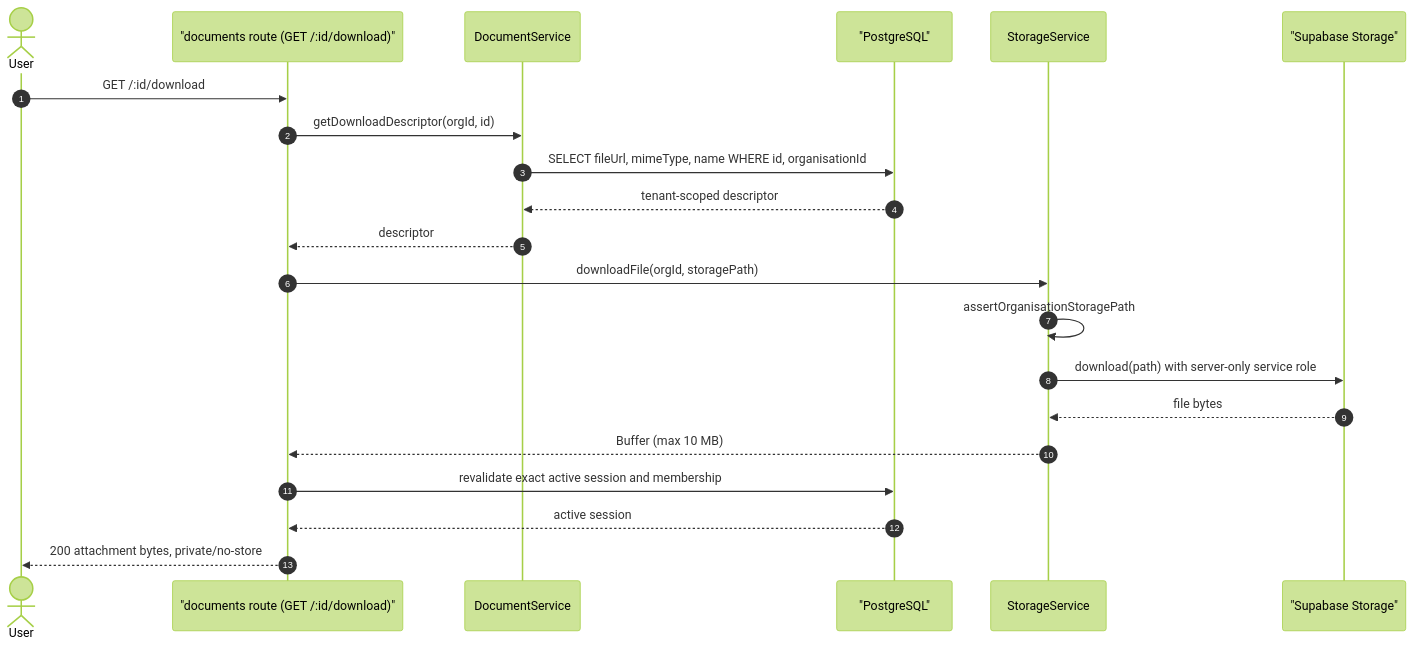
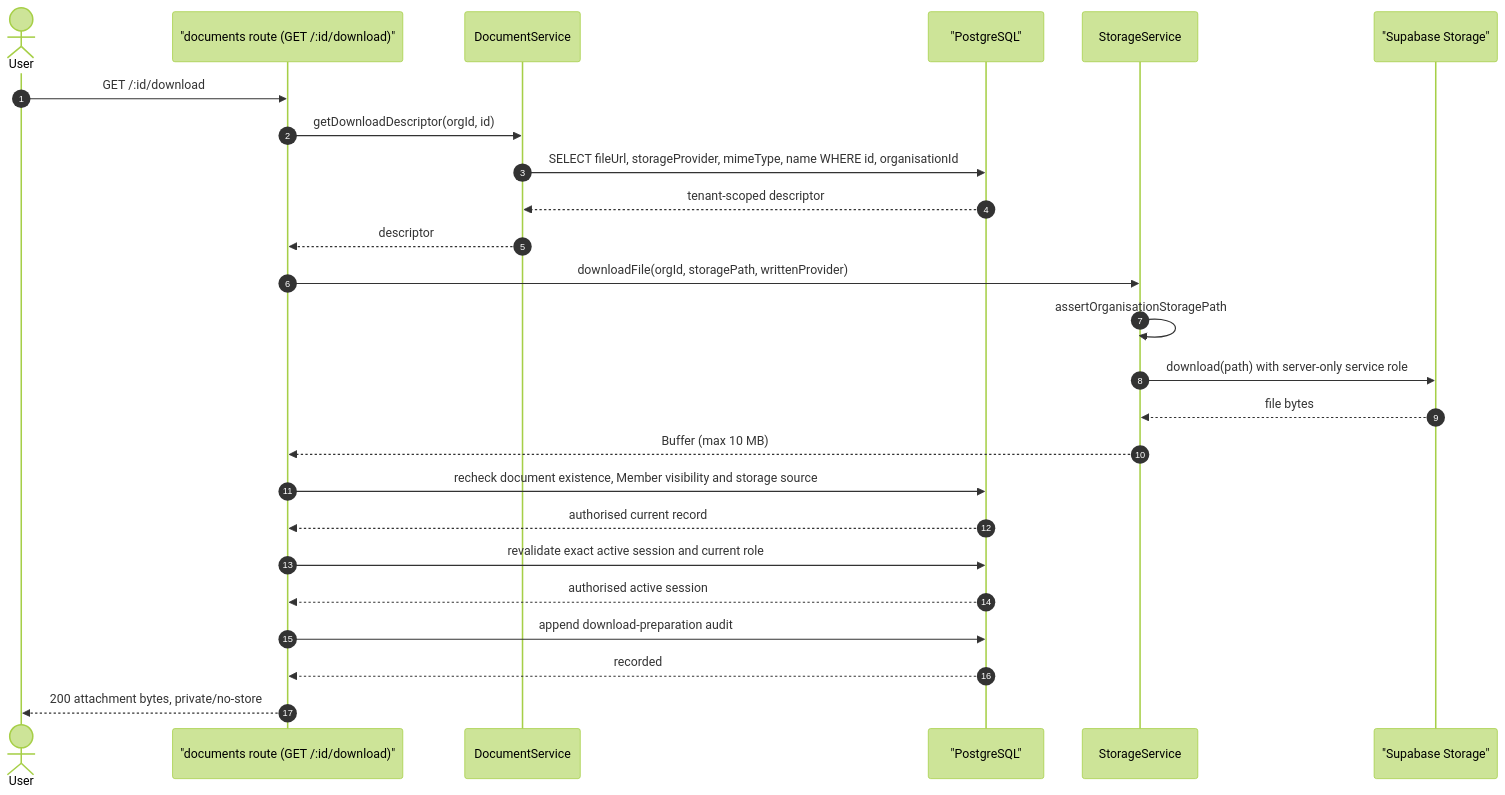
One commit to jasperfordesq-ai/charity-governance changed the second of 3 diagrams in docs/architecture/06-document-storage.md. Above: the diagram before and after it, drawn with Mermaid (forest theme). The commit also changed other lines of this file and 332 other files, not shown here.

````diff
--- a/docs/architecture/06-document-storage.md
+++ b/docs/architecture/06-document-storage.md
@@ -118,24 +250,28 @@
 ```mermaid
 sequenceDiagram
     autonumber
     actor User
     participant Route as "documents route (GET /:id/download)"
     participant Doc as DocumentService
     participant DB as "PostgreSQL"
     participant Storage as StorageService
     participant Supa as "Supabase Storage"
 
     User->>Route: GET /:id/download
     Route->>Doc: getDownloadDescriptor(orgId, id)
-    Doc->>DB: SELECT fileUrl, mimeType, name WHERE id, organisationId
+    Doc->>DB: SELECT fileUrl, storageProvider, mimeType, name WHERE id, organisationId
     DB-->>Doc: tenant-scoped descriptor
     Doc-->>Route: descriptor
-    Route->>Storage: downloadFile(orgId, storagePath)
+    Route->>Storage: downloadFile(orgId, storagePath, writtenProvider)
     Storage->>Storage: assertOrganisationStoragePath
     Storage->>Supa: download(path) with server-only service role
     Supa-->>Storage: file bytes
     Storage-->>Route: Buffer (max 10 MB)
-    Route->>DB: revalidate exact active session and membership
-    DB-->>Route: active session
+    Route->>DB: recheck document existence, Member visibility and storage source
+    DB-->>Route: authorised current record
+    Route->>DB: revalidate exact active session and current role
+    DB-->>Route: authorised active session
+    Route->>DB: append download-preparation audit
+    DB-->>Route: recorded
     Route-->>User: 200 attachment bytes, private/no-store
 ```
````
